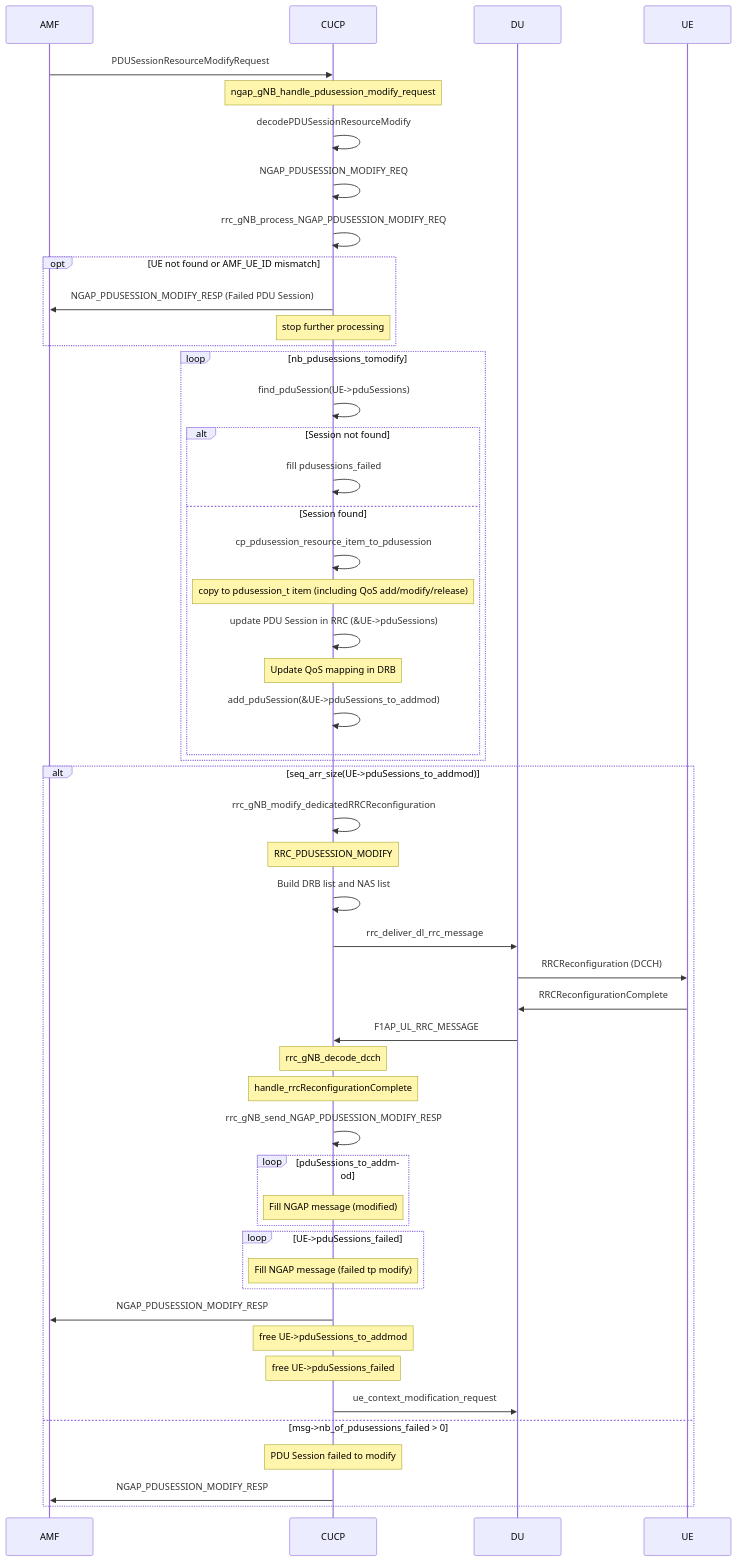
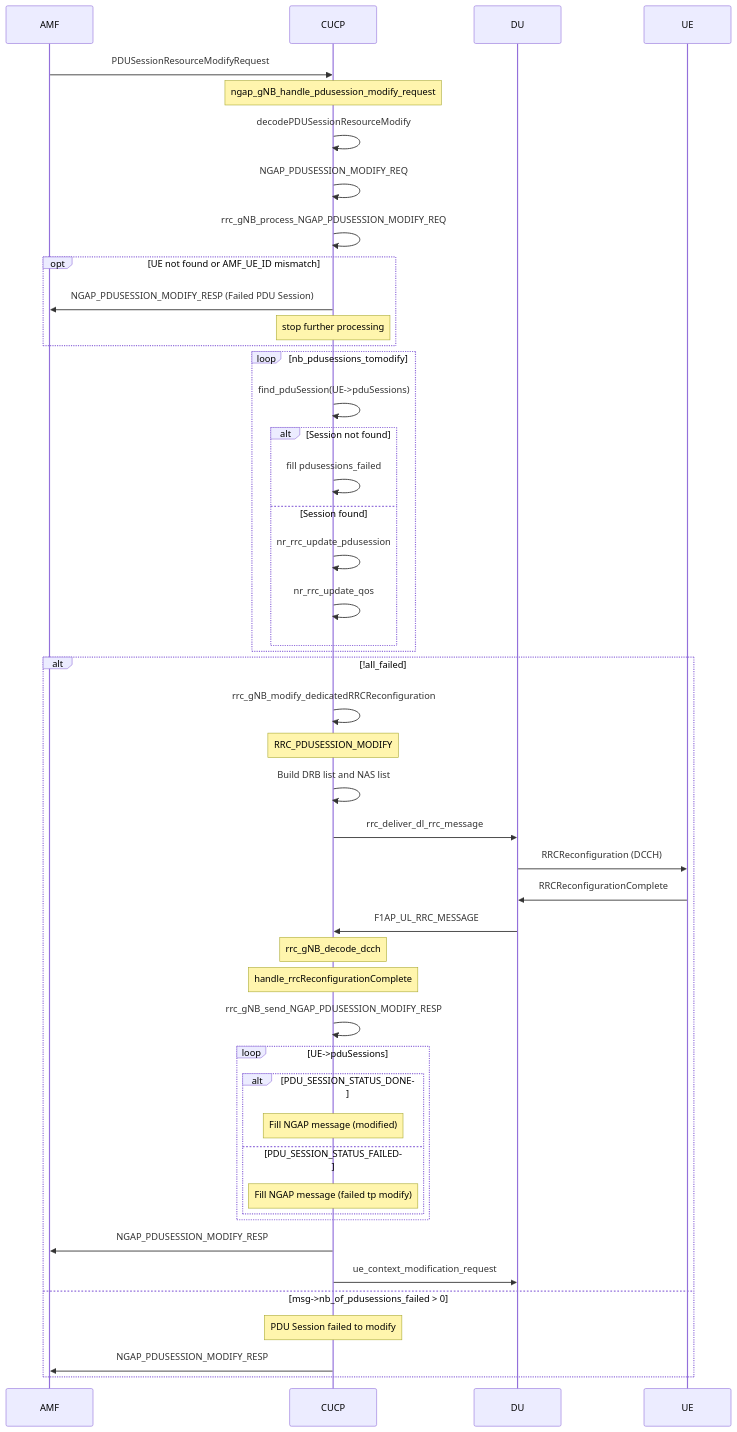
The third of 3 diagrams in doc/E1AP/e1ap_procedures.md (turkeryilmaz/openairinterface5g), drawn with Mermaid before and after one commit. The commit also changed other lines of this file, not shown here.

Commit message:
fixup! Documentation related to PDUSession and DRB setup/modify/release in E1AP procedures

````diff
--- a/doc/E1AP/e1ap_procedures.md
+++ b/doc/E1AP/e1ap_procedures.md
@@ -146,56 +144,52 @@
 ```mermaid
 sequenceDiagram
     participant AMF
     participant CUCP
     participant DU
     participant UE
 
     AMF->>CUCP: PDUSessionResourceModifyRequest
     Note over CUCP: ngap_gNB_handle_pdusession_modify_request
     CUCP->>CUCP: decodePDUSessionResourceModify
     CUCP->>CUCP: NGAP_PDUSESSION_MODIFY_REQ
     CUCP->>CUCP: rrc_gNB_process_NGAP_PDUSESSION_MODIFY_REQ
     opt UE not found or AMF_UE_ID mismatch
         CUCP->>AMF: NGAP_PDUSESSION_MODIFY_RESP (Failed PDU Session)
         Note over CUCP: stop further processing
     end
 
     loop nb_pdusessions_tomodify
         CUCP->>CUCP: find_pduSession(UE->pduSessions)
         alt Session not found
             CUCP->>CUCP: fill pdusessions_failed
         else Session found
-            CUCP->>CUCP: cp_pdusession_resource_item_to_pdusession
-            Note over CUCP: copy to pdusession_t item (including QoS add/modify/release)
-            CUCP->>CUCP: update PDU Session in RRC (&UE->pduSessions)
-            Note over CUCP: Update QoS mapping in DRB
-            CUCP->>CUCP: add_pduSession(&UE->pduSessions_to_addmod)
+            CUCP->>CUCP: nr_rrc_update_pdusession
+            CUCP->>CUCP: nr_rrc_update_qos
         end
     end
 
-    alt seq_arr_size(UE->pduSessions_to_addmod)
+    alt !all_failed
         CUCP->>CUCP: rrc_gNB_modify_dedicatedRRCReconfiguration
         Note over CUCP: RRC_PDUSESSION_MODIFY
         CUCP->>CUCP: Build DRB list and NAS list
         CUCP->>DU: rrc_deliver_dl_rrc_message
         DU->>UE: RRCReconfiguration (DCCH)
         UE->>DU: RRCReconfigurationComplete
         DU->>CUCP: F1AP_UL_RRC_MESSAGE
         Note over CUCP: rrc_gNB_decode_dcch
         Note over CUCP: handle_rrcReconfigurationComplete
         CUCP->>CUCP: rrc_gNB_send_NGAP_PDUSESSION_MODIFY_RESP
-        loop pduSessions_to_addmod
-            Note over CUCP: Fill NGAP message (modified)
-        end
-        loop UE->pduSessions_failed
-            Note over CUCP: Fill NGAP message (failed tp modify)
+        loop UE->pduSessions
+            alt PDU_SESSION_STATUS_DONE
+                Note over CUCP: Fill NGAP message (modified)
+            else PDU_SESSION_STATUS_FAILED
+                Note over CUCP: Fill NGAP message (failed tp modify)
+            end
         end
         CUCP->>AMF: NGAP_PDUSESSION_MODIFY_RESP
-        Note over CUCP: free UE->pduSessions_to_addmod
-        Note over CUCP: free UE->pduSessions_failed
         CUCP->>DU: ue_context_modification_request
     else msg->nb_of_pdusessions_failed > 0
         Note over CUCP: PDU Session failed to modify
         CUCP->>AMF: NGAP_PDUSESSION_MODIFY_RESP
     end
 ```
````
